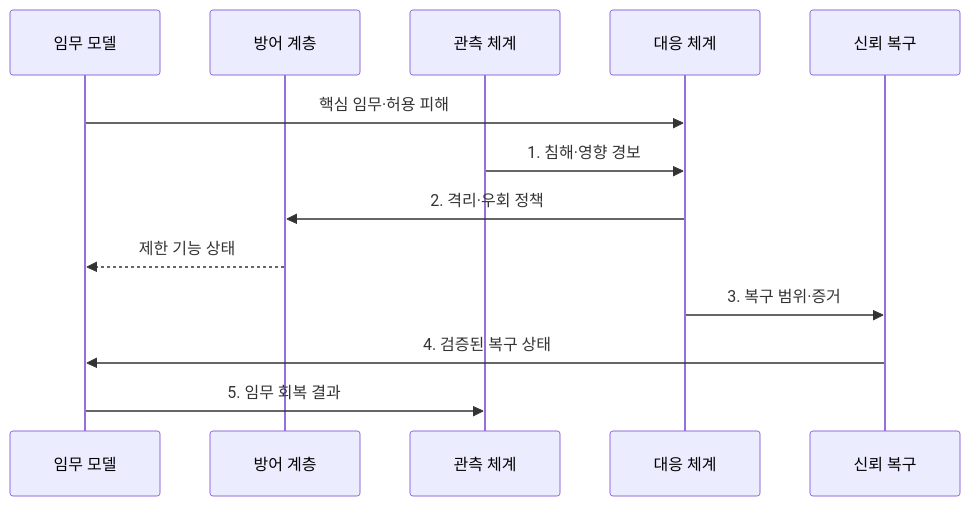
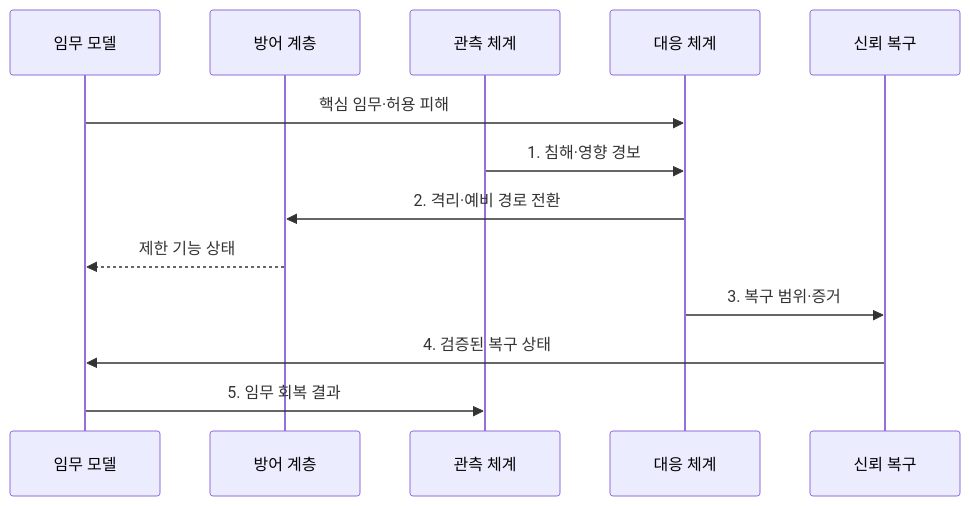
Before and after one commit to agnusdei1207/knowledge-base: the second of 2 diagrams in src/content/docs/notes/03-software/196_cyber_resilience.md, drawn with Mermaid. The commit also changed other lines of this file and 18 other files, not shown here.

````diff
--- a/src/content/docs/notes/03-software/196_cyber_resilience.md
+++ b/src/content/docs/notes/03-software/196_cyber_resilience.md
@@ -82,15 +85,15 @@
 ```mermaid
 sequenceDiagram
     participant M as 임무 모델
     participant B as 방어 계층
     participant O as 관측 체계
     participant D as 대응 체계
     participant R as 신뢰 복구
     M->>D: 핵심 임무·허용 피해
     O->>D: 1. 침해·영향 경보
-    D->>B: 2. 격리·우회 정책
+    D->>B: 2. 격리·예비 경로 전환
     B-->>M: 제한 기능 상태
     D->>R: 3. 복구 범위·증거
     R->>M: 4. 검증된 복구 상태
     M->>O: 5. 임무 회복 결과
 ```
````
